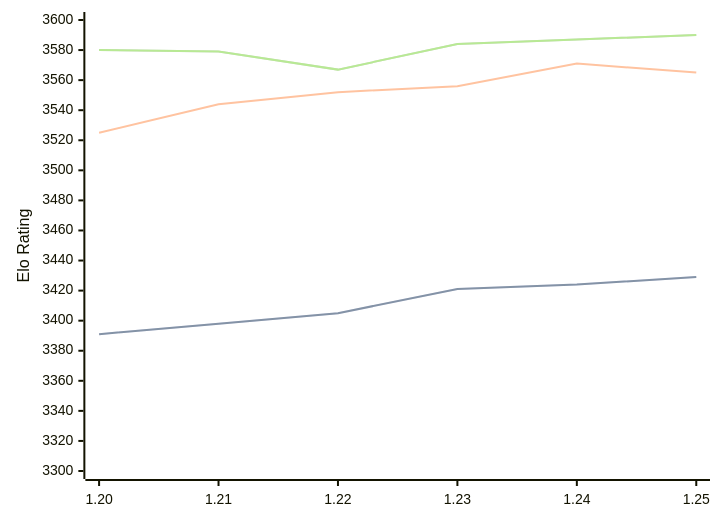
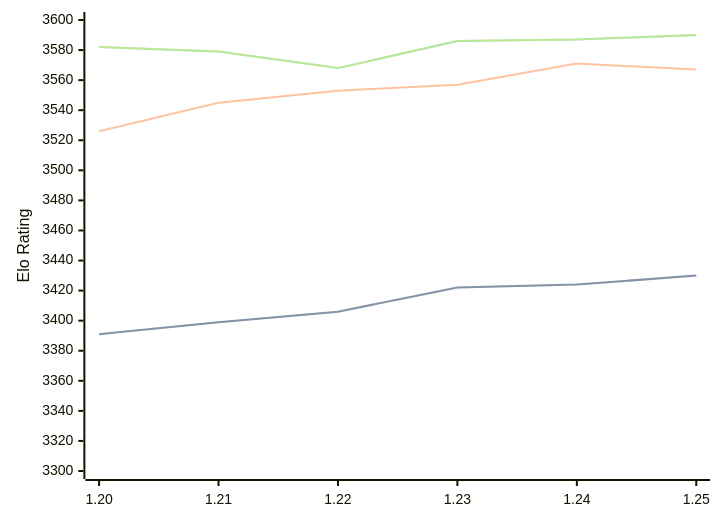
The diagram in engines/Caissa.md (computer-chess-index/cci), drawn with Mermaid before and after one commit. The commit also changed other lines of this file, not shown here.

Commit message:
Update CCI Ratings (ELO VLTC) - 2026-04-24

````diff
--- a/engines/Caissa.md
+++ b/engines/Caissa.md
@@ -65,11 +65,11 @@
 ```mermaid
 %%{init: {"theme":"base","themeVariables":{"seriesColors:['#a3a3a3','#222221','#faa371']}}}%%
 xychart-beta
   x-axis ["1.20", "1.21", "1.22", "1.23", "1.24", "1.25"]
   y-axis "Elo Rating" 3300 --> 3600
-  line "STC (8.0+0.08s)" [3391, 3398, 3405, 3421, 3424, 3429]
-  line "STC (8.0+0.08s)" [3391, 3398, 3405, 3421, 3424, 3429]
-  line "LTC (60.0+0.60s)" [3525, 3544, 3552, 3556, 3571, 3565]
-  line "VLTC (2m24s+1.12s)" [3580, 3579, 3567, 3584, 3587, 3590]
-  line "VLTC (2m24s+1.12s)" [3580, 3579, 3567, 3584, 3587, 3590]
+  line "STC (8.0+0.08s)" [3391, 3399, 3406, 3422, 3424, 3430]
+  line "STC (8.0+0.08s)" [3391, 3399, 3406, 3422, 3424, 3430]
+  line "LTC (60.0+0.60s)" [3526, 3545, 3553, 3557, 3571, 3567]
+  line "VLTC (2m24s+1.12s)" [3582, 3579, 3568, 3586, 3587, 3590]
+  line "VLTC (2m24s+1.12s)" [3582, 3579, 3568, 3586, 3587, 3590]
 ```
````
